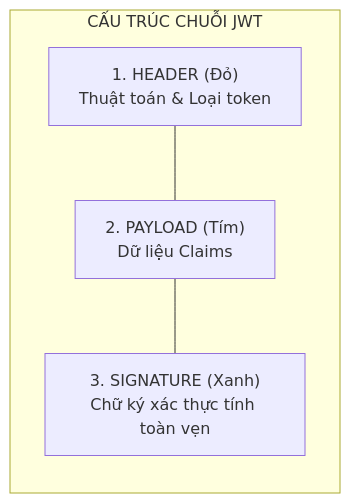
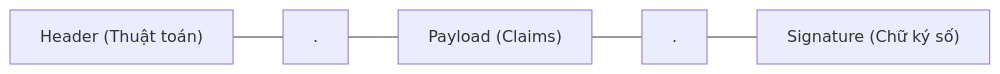
One commit to hydragon2m/docs changed the first of 2 diagrams in Tranning/Bài 01 - Authentication & Session Management/01. Lý thuyết/01. Bản chất JWT & Cấu trúc Claims.md. Above: the diagram before and after it, drawn with Mermaid. The commit also changed other lines of this file and 15 other files, not shown here.

````diff
--- a/Tranning/Bài 01 - Authentication & Session Management/01. Lý thuyết/01. Bản chất JWT & Cấu trúc Claims.md
+++ b/Tranning/Bài 01 - Authentication & Session Management/01. Lý thuyết/01. Bản chất JWT & Cấu trúc Claims.md
@@ -8,10 +4,4 @@
 ```mermaid
 flowchart LR
-    subgraph JWTStructure["CẤU TRÚC CHUỖI JWT"]
-        direction TB
-        Part1["1. HEADER (Đỏ)<br/>Thuật toán & Loại token"]
-        Part2["2. PAYLOAD (Tím)<br/>Dữ liệu Claims"]
-        Part3["3. SIGNATURE (Xanh)<br/>Chữ ký xác thực tính toàn vẹn"]
-    end
-    Part1 --- Part2 --- Part3
+    H["Header (Thuật toán)"] --- Dot1["."] --- P["Payload (Claims)"] --- Dot2["."] --- S["Signature (Chữ ký số)"]
 ```
````
